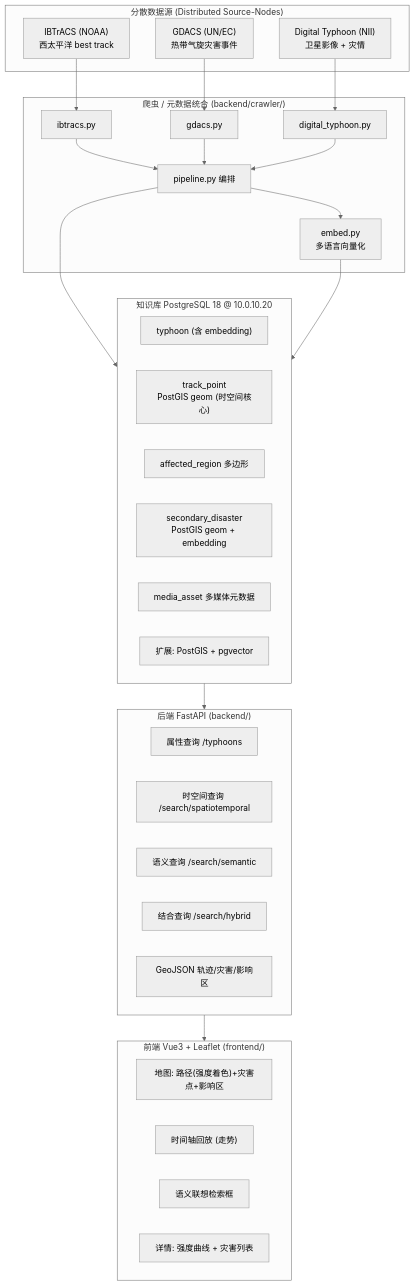
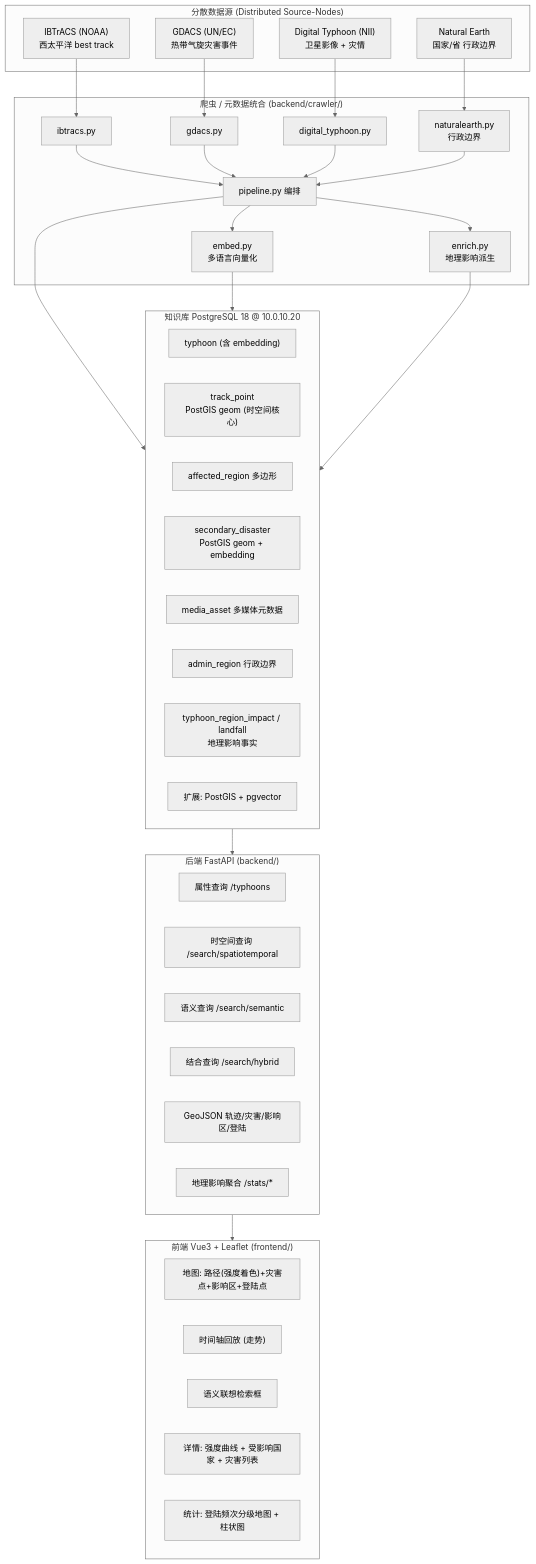
One commit to henntaidesu/Typhoon-MMKB-2026 changed the first of 2 diagrams in docs/ARCHITECTURE.md. Above: the diagram before and after it, drawn with Mermaid (neutral theme). The commit also changed 16 other files, not shown here.

````diff
--- a/docs/ARCHITECTURE.md
+++ b/docs/ARCHITECTURE.md
@@ -5,49 +5,59 @@
 ```mermaid
 flowchart TB
   subgraph SRC["分散数据源 (Distributed Source-Nodes)"]
     A1["IBTrACS (NOAA)<br/>西太平洋 best track"]
     A2["GDACS (UN/EC)<br/>热带气旋灾害事件"]
     A3["Digital Typhoon (NII)<br/>卫星影像 + 灾情"]
+    A4["Natural Earth<br/>国家/省 行政边界"]
   end
 
   subgraph CRW["爬虫 / 元数据统合 (backend/crawler/)"]
     B1["ibtracs.py"]
     B2["gdacs.py"]
     B3["digital_typhoon.py"]
     B4["embed.py<br/>多语言向量化"]
+    B6["naturalearth.py<br/>行政边界"]
+    B7["enrich.py<br/>地理影响派生"]
     B5["pipeline.py 编排"]
   end
 
   subgraph DB["知识库 PostgreSQL 18 @ 10.0.10.20"]
     D1["typhoon (含 embedding)"]
     D2["track_point<br/>PostGIS geom (时空间核心)"]
     D3["affected_region 多边形"]
     D4["secondary_disaster<br/>PostGIS geom + embedding"]
     D5["media_asset 多媒体元数据"]
+    D6["admin_region 行政边界"]
+    D7["typhoon_region_impact / landfall<br/>地理影响事实"]
     DE["扩展: PostGIS + pgvector"]
   end
 
   subgraph API["后端 FastAPI (backend/)"]
     E1["属性查询 /typhoons"]
     E2["时空间查询 /search/spatiotemporal"]
     E3["语义查询 /search/semantic"]
     E4["结合查询 /search/hybrid"]
-    E5["GeoJSON 轨迹/灾害/影响区"]
+    E5["GeoJSON 轨迹/灾害/影响区/登陆"]
+    E6["地理影响聚合 /stats/*"]
   end
 
   subgraph UI["前端 Vue3 + Leaflet (frontend/)"]
-    F1["地图: 路径(强度着色)+灾害点+影响区"]
+    F1["地图: 路径(强度着色)+灾害点+影响区+登陆点"]
     F2["时间轴回放 (走势)"]
     F3["语义联想检索框"]
-    F4["详情: 强度曲线 + 灾害列表"]
+    F4["详情: 强度曲线 + 受影响国家 + 灾害列表"]
+    F5["统计: 登陆频次分级地图 + 柱状图"]
   end
 
   A1-->B1-->B5
   A2-->B2-->B5
   A3-->B3-->B5
+  A4-->B6-->B5
   B5-->B4
+  B5-->B7
   B5-->DB
   B4-->DB
+  B7-->DB
   DB-->API
   API-->UI
 ```
````
